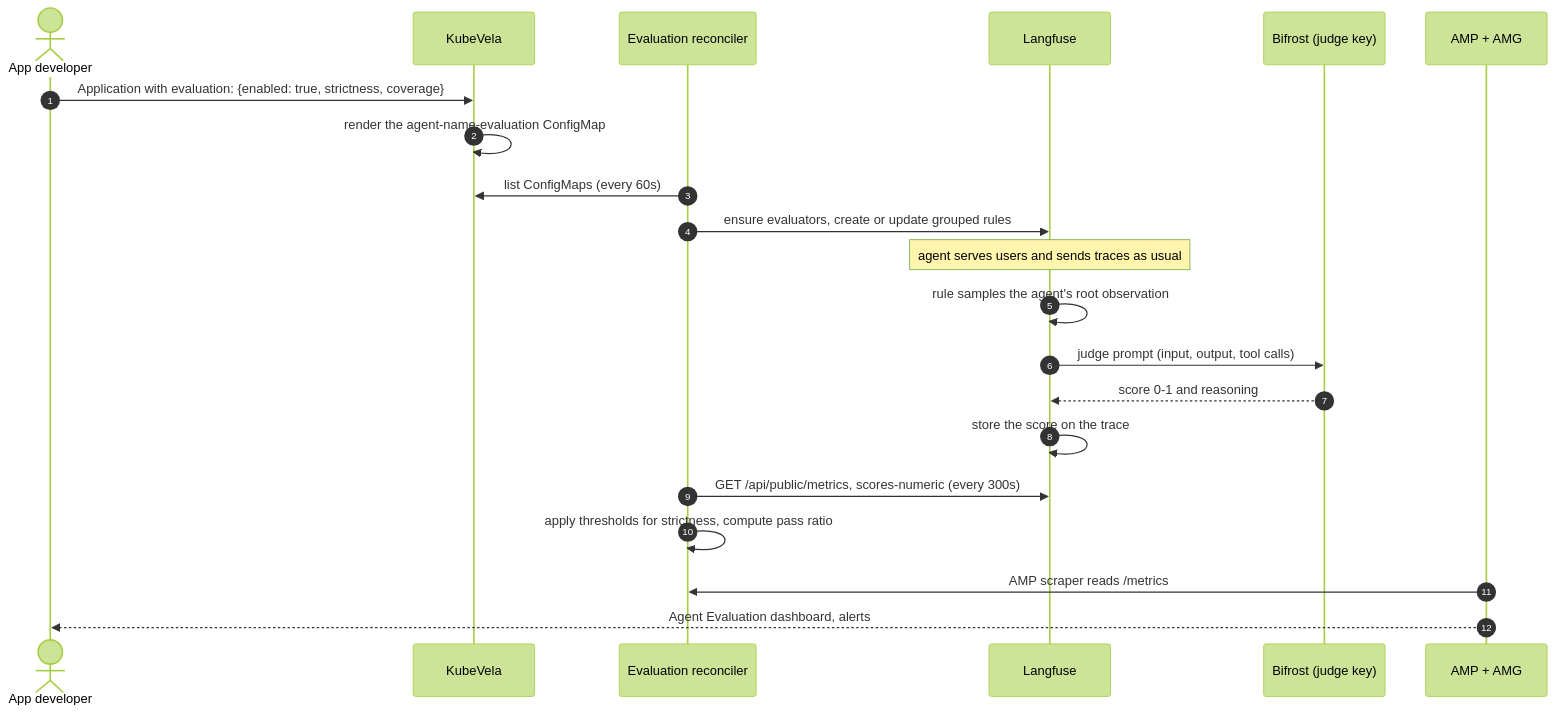
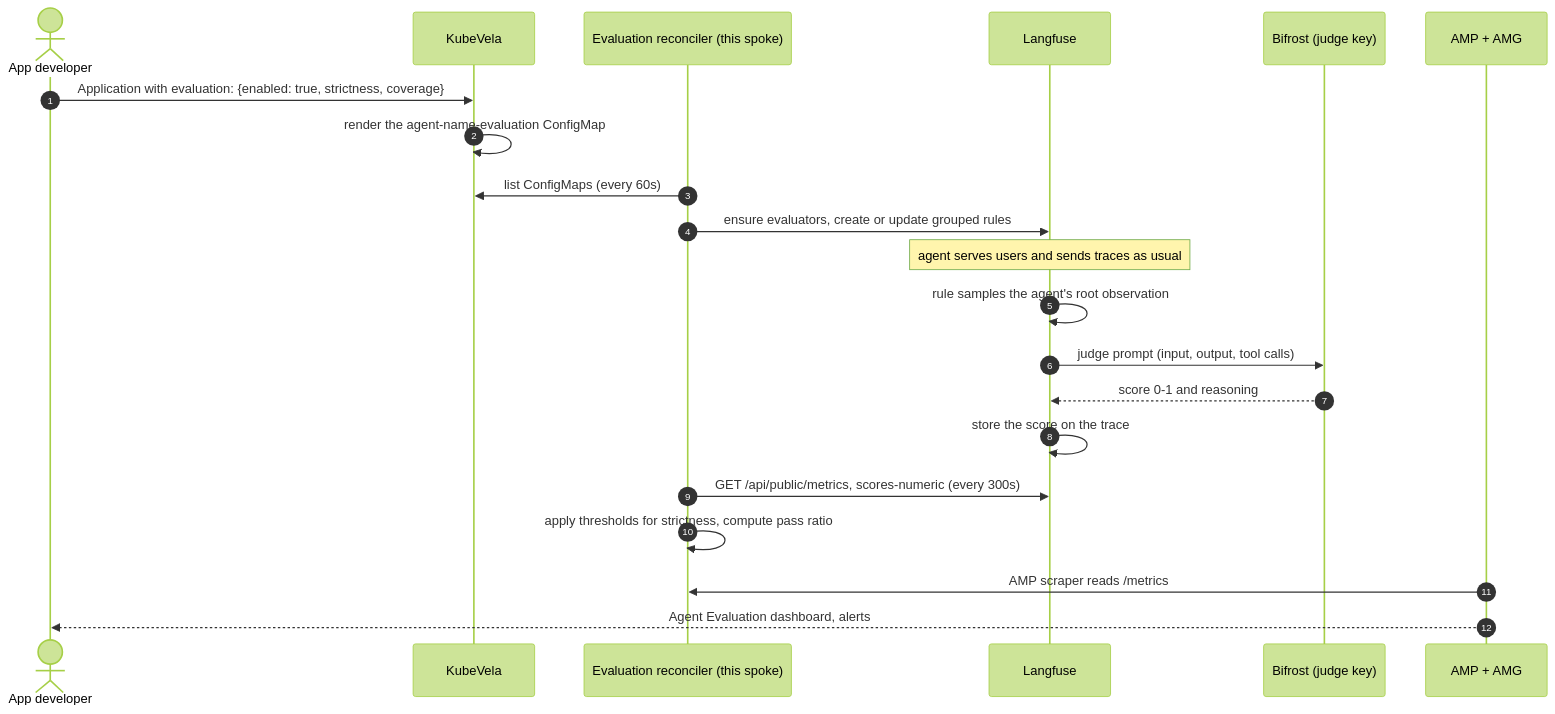
Before and after one commit to awslabs/open-agentic-platform: the fourth of 4 diagrams in docs/architecture/agent-evaluation.md, drawn with Mermaid (forest theme).

Commit message:
docs(architecture): mark the reconciler as per-spoke in the sequence diagram

````diff
--- a/docs/architecture/agent-evaluation.md
+++ b/docs/architecture/agent-evaluation.md
@@ -822,23 +822,23 @@
 ```mermaid
 sequenceDiagram
     autonumber
     actor Dev as App developer
     participant KV as KubeVela
-    participant R as Evaluation reconciler
+    participant R as Evaluation reconciler (this spoke)
     participant LF as Langfuse
     participant BF as Bifrost (judge key)
     participant G as AMP + AMG
     Dev->>KV: Application with evaluation: {enabled: true, strictness, coverage}
     KV->>KV: render the agent-name-evaluation ConfigMap
     R->>KV: list ConfigMaps (every 60s)
     R->>LF: ensure evaluators, create or update grouped rules
     Note over LF: agent serves users and sends traces as usual
     LF->>LF: rule samples the agent's root observation
     LF->>BF: judge prompt (input, output, tool calls)
     BF-->>LF: score 0-1 and reasoning
     LF->>LF: store the score on the trace
     R->>LF: GET /api/public/metrics, scores-numeric (every 300s)
     R->>R: apply thresholds for strictness, compute pass ratio
     G->>R: AMP scraper reads /metrics
     G-->>Dev: Agent Evaluation dashboard, alerts
 ```
````
